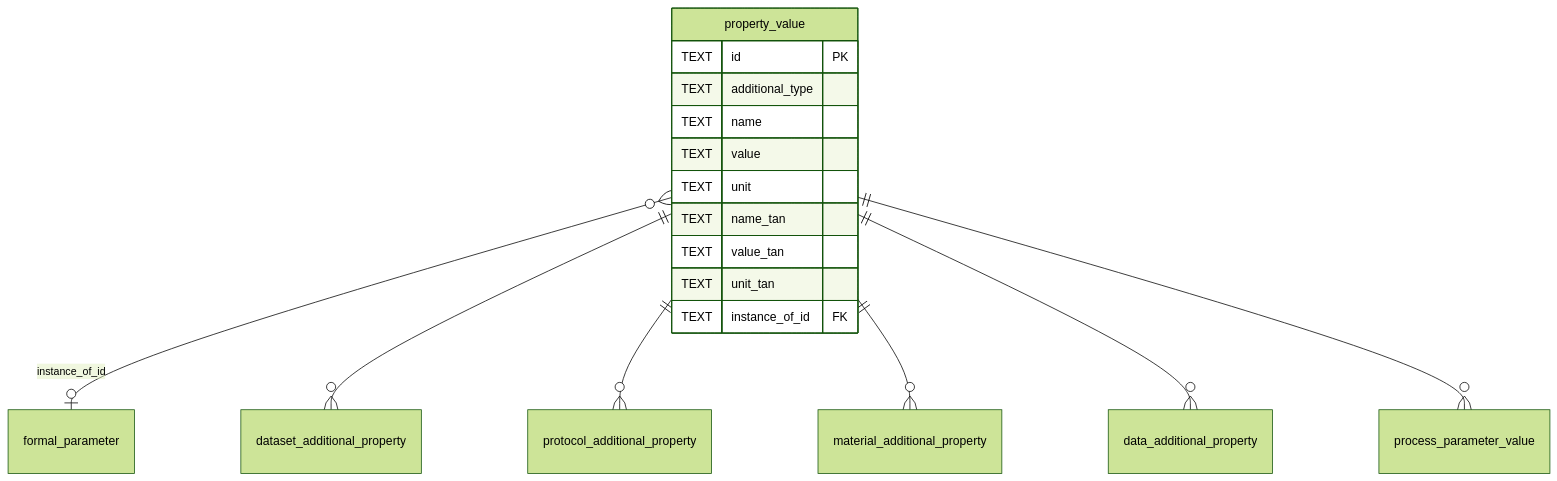
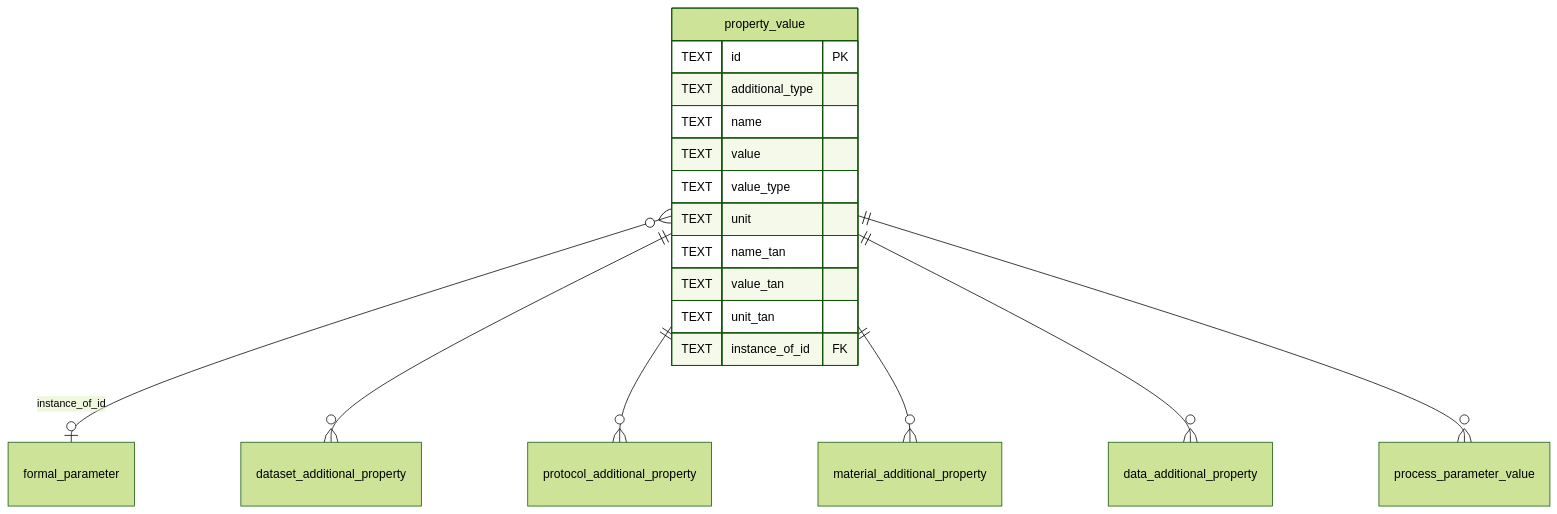
The ninth of 18 diagrams in schemas/sql/design.md (HLWeil/ProcessCore), drawn with Mermaid (forest theme) before and after one commit. The commit also changed other lines of this file, not shown here.

Commit message:
docs: improve SQL schema design plan

````diff
--- a/schemas/sql/design.md
+++ b/schemas/sql/design.md
@@ -278,20 +276,21 @@
 ```mermaid
 erDiagram
     property_value {
         TEXT id PK
         TEXT additional_type
         TEXT name
         TEXT value
+        TEXT value_type
         TEXT unit
         TEXT name_tan
         TEXT value_tan
         TEXT unit_tan
         TEXT instance_of_id FK
     }
     property_value }o--o| formal_parameter : "instance_of_id"
     property_value ||--o{ dataset_additional_property : ""
     property_value ||--o{ protocol_additional_property : ""
     property_value ||--o{ material_additional_property : ""
     property_value ||--o{ data_additional_property : ""
     property_value ||--o{ process_parameter_value : ""
 ```
````
